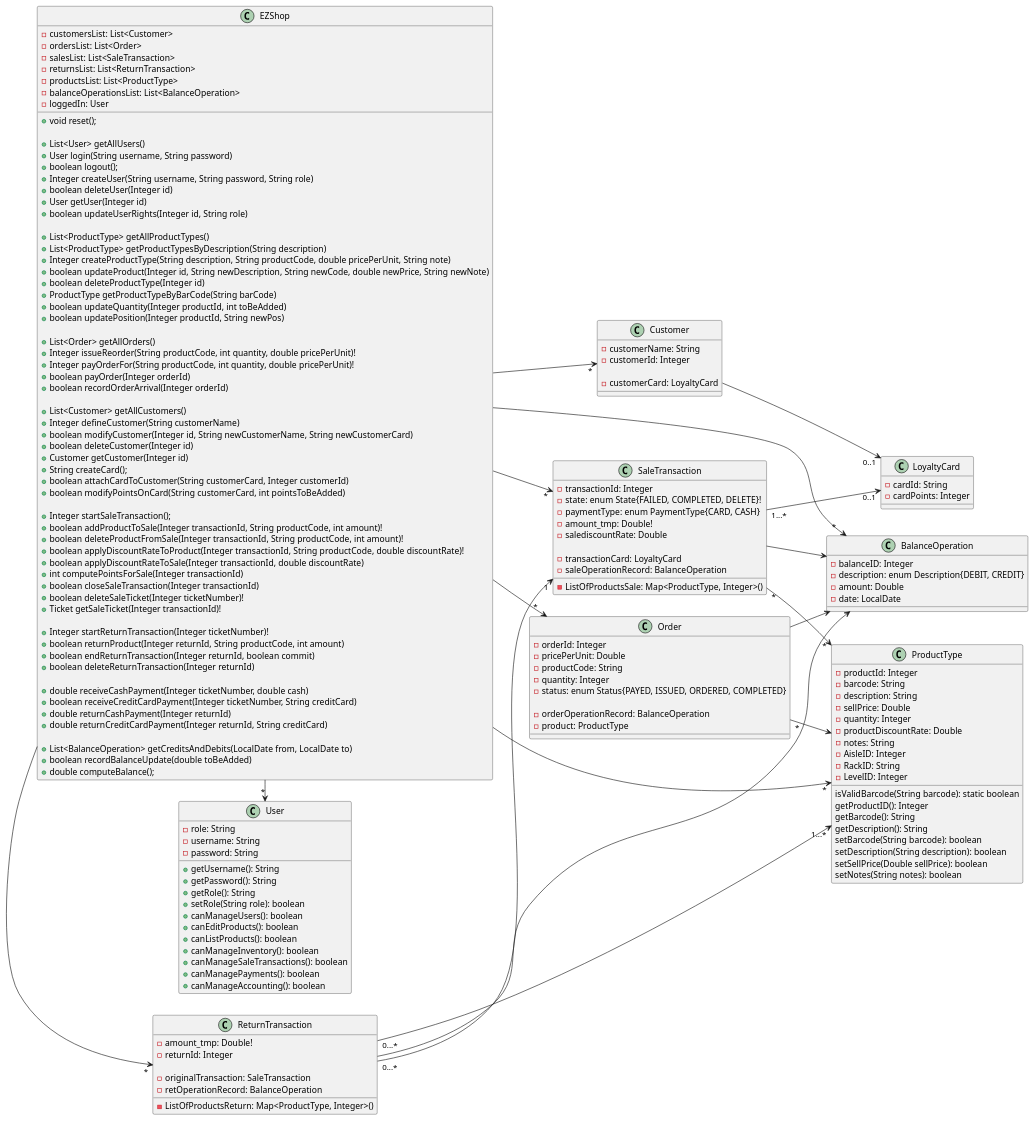
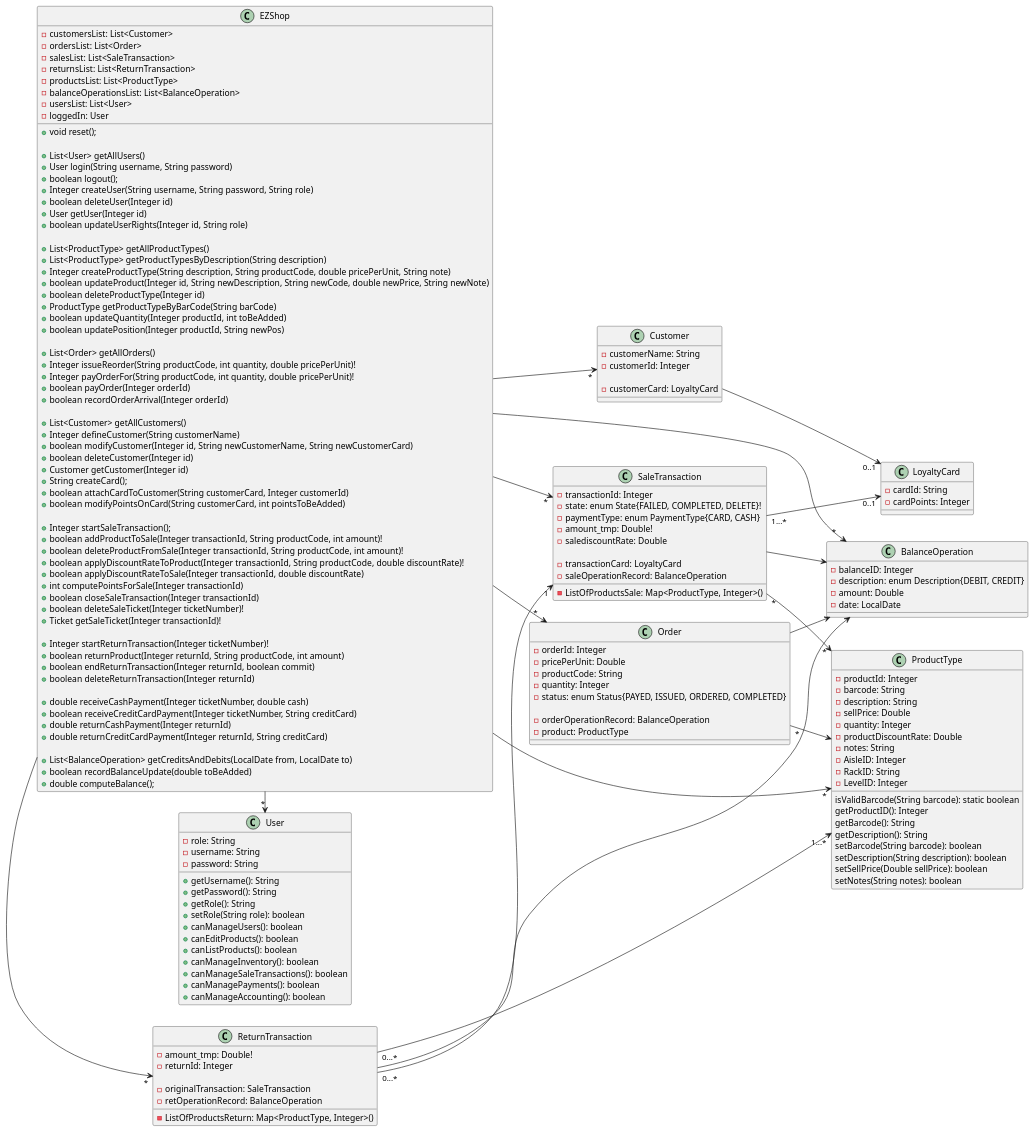
Before and after one commit to gioele-scaletta/EZShop-Software-Engineering-Project: the diagram in Deliverables/DesignDocument.md, drawn with PlantUML. The commit also changed 4 other files, not shown here.

```diff
--- a/Deliverables/DesignDocument.md
+++ b/Deliverables/DesignDocument.md
@@ -49,6 +49,7 @@
     -returnsList: List<ReturnTransaction>
     -productsList: List<ProductType>
     -balanceOperationsList: List<BalanceOperation>
+    -usersList: List<User>
     -loggedIn: User
 
     +void reset();
```
